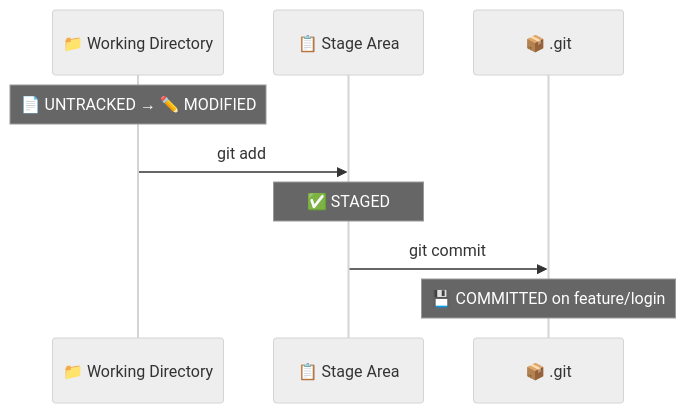
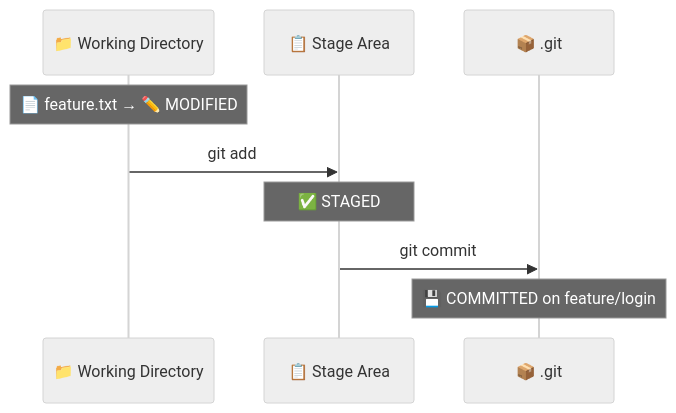
Before and after one commit to DaveFV91/GitCourse: the fourth of 6 diagrams in 02-exercises/02-branches/branches-walkthrough.md, drawn with Mermaid (neutral theme). The commit also changed other lines of this file and 1 other file, not shown here.

Commit message:
feat: update feature file and walkthrough for clarity and consistency

````diff
--- a/02-exercises/02-branches/branches-walkthrough.md
+++ b/02-exercises/02-branches/branches-walkthrough.md
@@ -160,12 +160,12 @@
 ```mermaid
 sequenceDiagram
     participant WD as 📁 Working Directory
     participant SA as 📋 Stage Area
     participant GIT as 📦 .git
 
-    Note over WD: 📄 UNTRACKED → ✏️ MODIFIED
+    Note over WD: 📄 feature.txt → ✏️ MODIFIED
     WD ->> SA: git add
     Note over SA: ✅ STAGED
     SA ->> GIT: git commit
     Note over GIT: 💾 COMMITTED on feature/login
 ```
````
